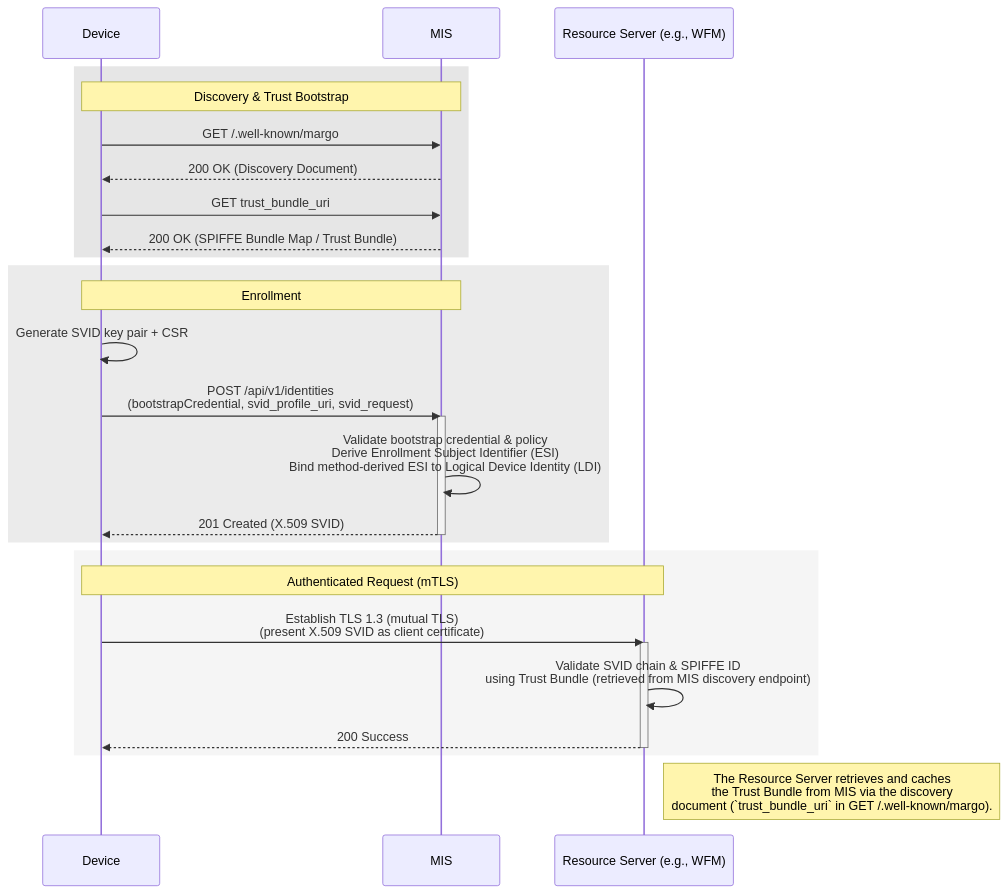
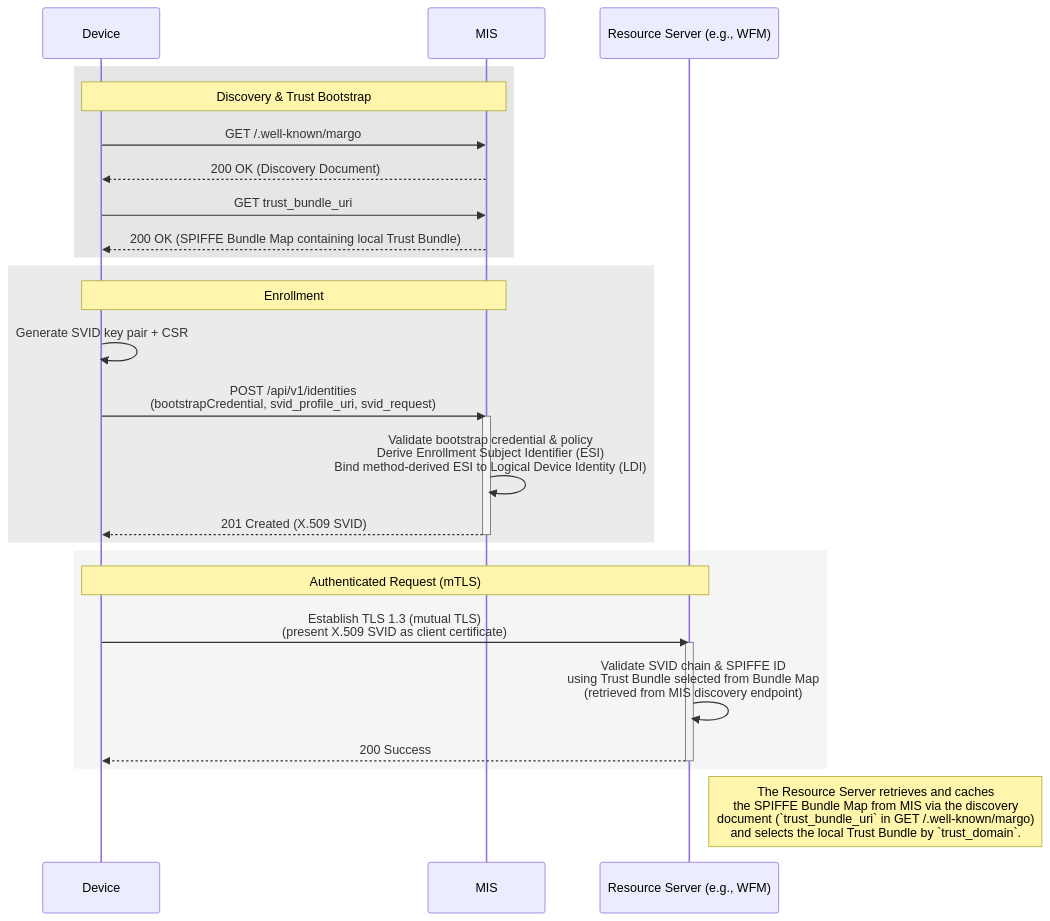
One commit to margo/specification-enhancements changed the first of 8 diagrams in proposals/margo-identity-and-authorization-framework.md. Above: the diagram before and after it, drawn with Mermaid. The commit also changed other lines of this file, not shown here.

Commit message:
docs: clarify trust_bundle_uri as Bundle Map

````diff
--- a/proposals/margo-identity-and-authorization-framework.md
+++ b/proposals/margo-identity-and-authorization-framework.md
@@ -1552,35 +1552,35 @@
 ```mermaid
 sequenceDiagram
     participant Device
     participant MIS
     participant RS as Resource Server (e.g., WFM)
 
     rect rgb(230,230,230)
         note over Device,MIS: Discovery & Trust Bootstrap
         Device->>MIS: GET /.well-known/margo
         MIS-->>Device: 200 OK (Discovery Document)
         Device->>MIS: GET trust_bundle_uri
-        MIS-->>Device: 200 OK (SPIFFE Bundle Map / Trust Bundle)
+        MIS-->>Device: 200 OK (SPIFFE Bundle Map containing local Trust Bundle)
     end
 
     rect rgb(235,235,235)
         note over Device,MIS: Enrollment
         Device->>Device: Generate SVID key pair + CSR
         Device->>MIS: POST /api/v1/identities<br/>(bootstrapCredential, svid_profile_uri, svid_request)
         activate MIS
       MIS->>MIS: Validate bootstrap credential & policy<br/>Derive Enrollment Subject Identifier (ESI)<br/>Bind method-derived ESI to Logical Device Identity (LDI)
         MIS-->>Device: 201 Created (X.509 SVID)
         deactivate MIS
     end
 
     rect rgb(245,245,245)
         note over Device,RS: Authenticated Request (mTLS)
         Device->>RS: Establish TLS 1.3 (mutual TLS)<br/>(present X.509 SVID as client certificate)
         activate RS
-        RS->>RS: Validate SVID chain & SPIFFE ID<br/>using Trust Bundle (retrieved from MIS discovery endpoint)
+        RS->>RS: Validate SVID chain & SPIFFE ID<br/>using Trust Bundle selected from Bundle Map<br/>(retrieved from MIS discovery endpoint)
         RS-->>Device: 200 Success
         deactivate RS
     end
 
-    note right of RS: The Resource Server retrieves and caches<br/>the Trust Bundle from MIS via the discovery<br/>document (`trust_bundle_uri` in GET /.well-known/margo).
+      note right of RS: The Resource Server retrieves and caches<br/>the SPIFFE Bundle Map from MIS via the discovery<br/>document (`trust_bundle_uri` in GET /.well-known/margo)<br/>and selects the local Trust Bundle by `trust_domain`.
 ```
````
